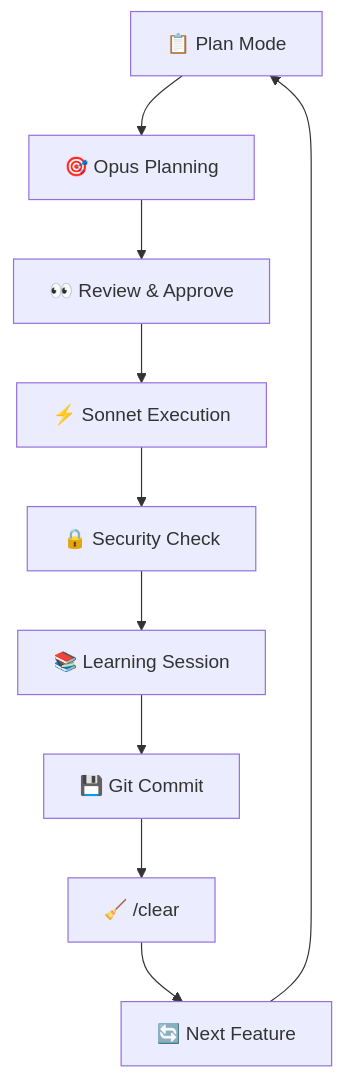
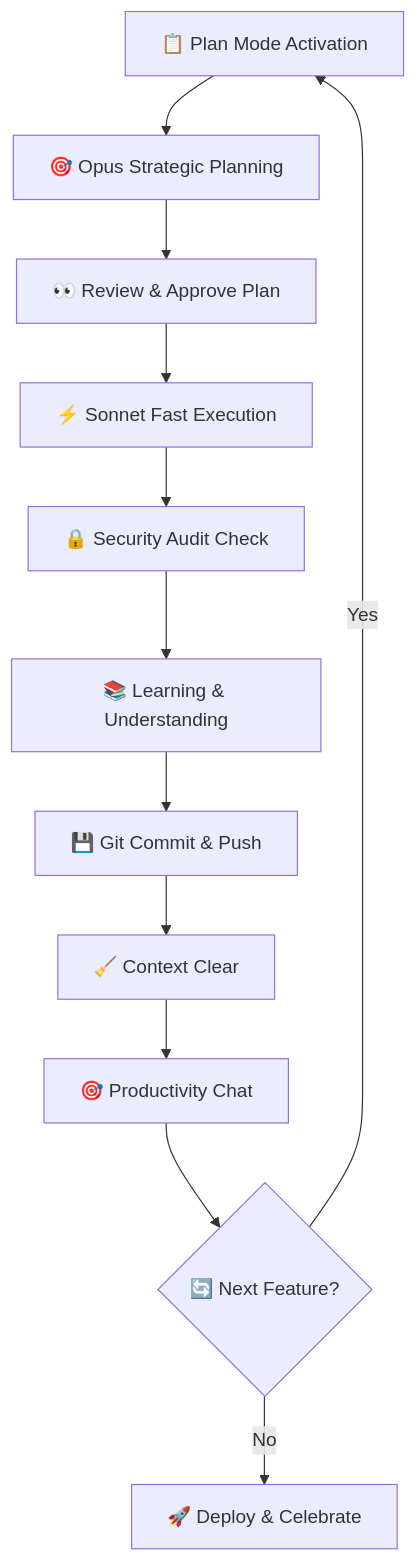
The fifth of 5 diagrams in README.md (freshgr4m/claude-code-trucchi-nascosti), drawn with Mermaid before and after one commit. The commit also changed other lines of this file, not shown here.

````diff
--- a/README.md
+++ b/README.md
@@ -558,12 +1161,14 @@
 ```mermaid
 graph TD
-    A[📋 Plan Mode] --> B[🎯 Opus Planning]
-    B --> C[👀 Review & Approve]
-    C --> D[⚡ Sonnet Execution]
-    D --> E[🔒 Security Check]
-    E --> F[📚 Learning Session]
-    F --> G[💾 Git Commit]
-    G --> H[🧹 /clear]
-    H --> I[🔄 Next Feature]
-    I --> A
+    A[📋 Plan Mode Activation] --> B[🎯 Opus Strategic Planning]
+    B --> C[👀 Review & Approve Plan]
+    C --> D[⚡ Sonnet Fast Execution]
+    D --> E[🔒 Security Audit Check]
+    E --> F[📚 Learning & Understanding]
+    F --> G[💾 Git Commit & Push]
+    G --> H[🧹 Context Clear]
+    H --> I[🎯 Productivity Chat]
+    I --> J{🔄 Next Feature?}
+    J -->|Yes| A
+    J -->|No| K[🚀 Deploy & Celebrate]
 ```
````
